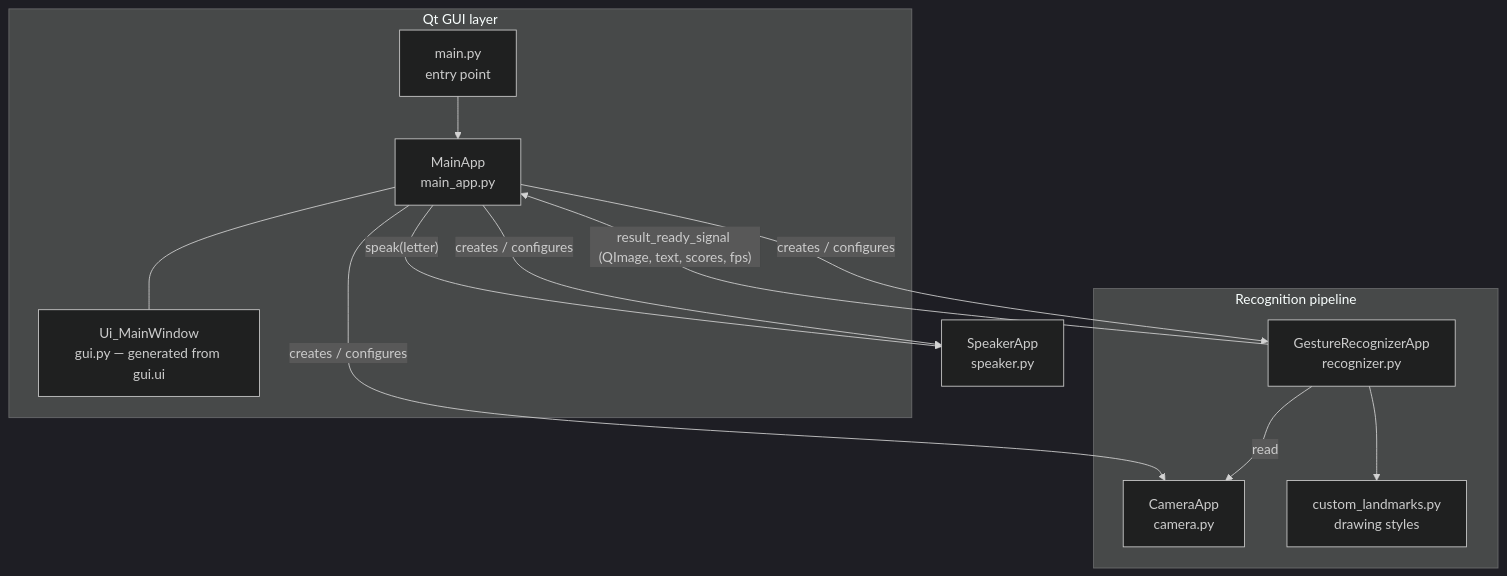
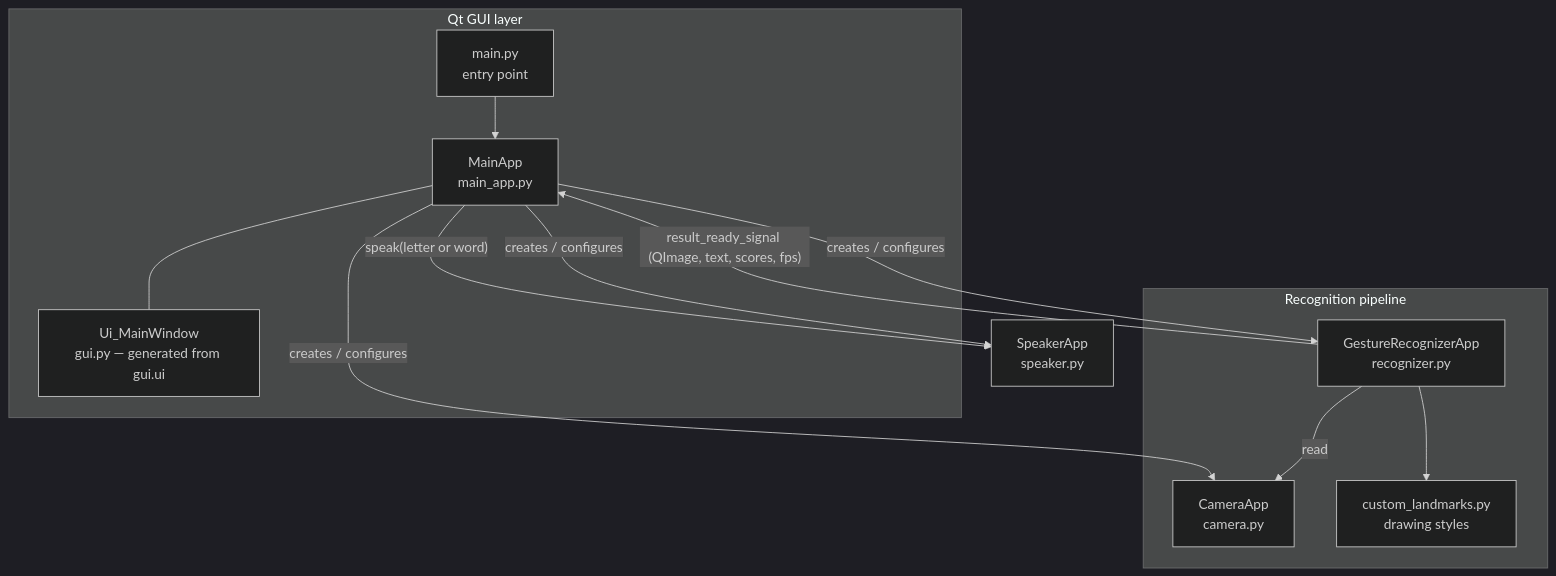
Before and after one commit to DXtR1337/AI_sign_language_translator: the first of 2 diagrams in docs/TECHNICAL_DOCUMENTATION.md, drawn with Mermaid (dark theme). The commit also changed other lines of this file and 13 other files, not shown here.

````diff
--- a/docs/TECHNICAL_DOCUMENTATION.md
+++ b/docs/TECHNICAL_DOCUMENTATION.md
@@ -53,23 +55,23 @@
 ```mermaid
 flowchart TB
     subgraph GUI["Qt GUI layer"]
         MAIN[main.py<br/>entry point] --> APP[MainApp<br/>main_app.py]
         APP --- UI[Ui_MainWindow<br/>gui.py — generated from gui.ui]
     end
 
     subgraph Pipeline["Recognition pipeline"]
         CAM[CameraApp<br/>camera.py]
         REC[GestureRecognizerApp<br/>recognizer.py]
         LMK[custom_landmarks.py<br/>drawing styles]
         REC -->|read| CAM
         REC --> LMK
     end
 
     TTS[SpeakerApp<br/>speaker.py]
 
     APP -->|creates / configures| CAM
     APP -->|creates / configures| REC
     APP -->|creates / configures| TTS
     REC -->|"result_ready_signal (QImage, text, scores, fps)"| APP
-    APP -->|"speak(letter)"| TTS
+    APP -->|"speak(letter or word)"| TTS
 ```
````
